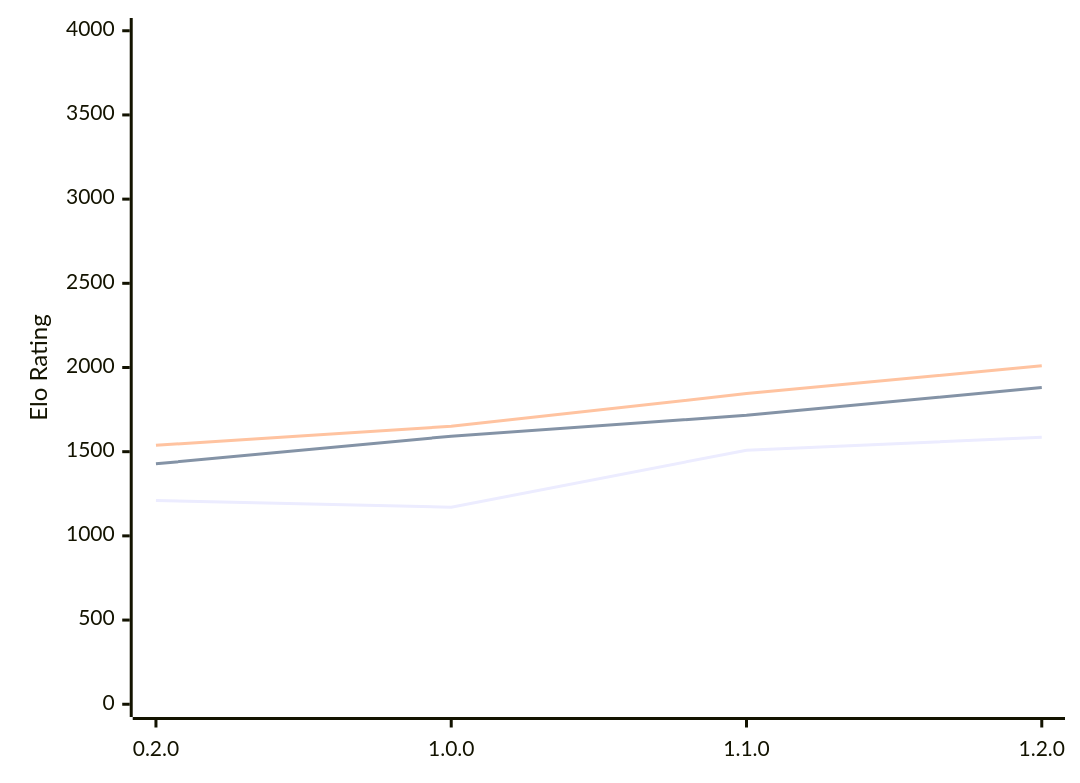
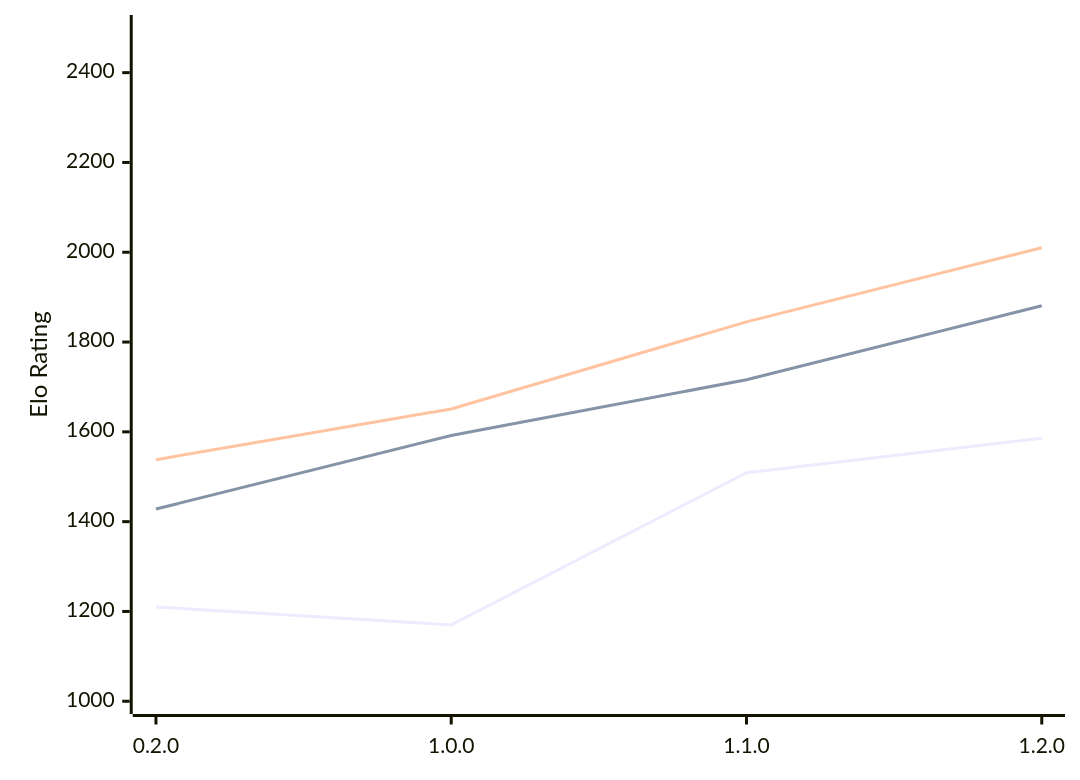
Before and after one commit to computer-chess-index/cci: the diagram in engines/Zeppelin.md, drawn with Mermaid. The commit also changed other lines of this file, not shown here.

Commit message:
Update CCI Ratings (ELO VLTC) - 2026-02-10

````diff
--- a/engines/Zeppelin.md
+++ b/engines/Zeppelin.md
@@ -33,9 +33,9 @@
 ```mermaid
 %%{init: {"theme":"base","themeVariables":{"seriesColors:['#a3a3a3','#222221','#faa371']}}}%%
 xychart-beta
   x-axis ["0.2.0", "1.0.0", "1.1.0", "1.2.0"]
-  y-axis "Elo Rating" 0 --> 4000
+  y-axis "Elo Rating" 1000 --> 2500
   line "STC (8.0+0.08s)" [1210, 1170, 1509, 1586]
   line "LTC (60.0+0.60s)" [1428, 1592, 1716, 1881]
   line "VLTC (2m24s+1.12s)" [1538, 1651, 1845, 2010]
 ```
````
